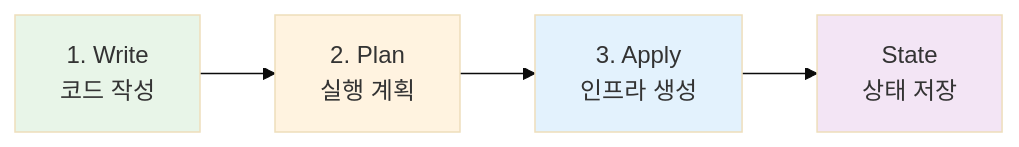
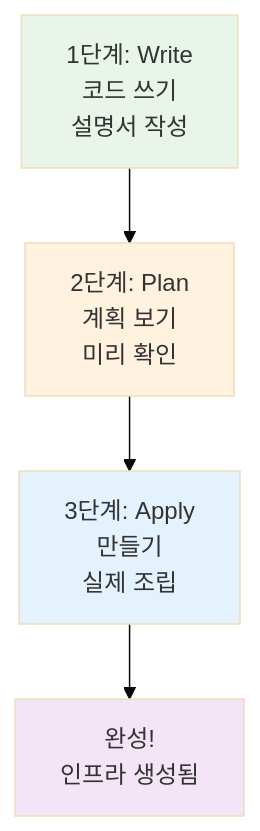
One commit to niceguy61/kdt_devops_lecture_2025 changed the third of 4 diagrams in theory/november/week_02/day1/session_3.md. Above: the diagram before and after it, drawn with Mermaid (base theme). The commit also changed other lines of this file, not shown here.

````diff
--- a/theory/november/week_02/day1/session_3.md
+++ b/theory/november/week_02/day1/session_3.md
@@ -179,11 +234,11 @@
 ```mermaid
-graph LR
-    A[1. Write<br/>코드 작성] --> B[2. Plan<br/>실행 계획]
-    B --> C[3. Apply<br/>인프라 생성]
-    C --> D[State<br/>상태 저장]
+graph TB
+    A[1단계: Write<br/>코드 쓰기<br/>설명서 작성] --> B[2단계: Plan<br/>계획 보기<br/>미리 확인]
+    B --> C[3단계: Apply<br/>만들기<br/>실제 조립]
+    C --> D[완성!<br/>인프라 생성됨]
     
     style A fill:#e8f5e8
     style B fill:#fff3e0
     style C fill:#e3f2fd
     style D fill:#f3e5f5
 ```
````
